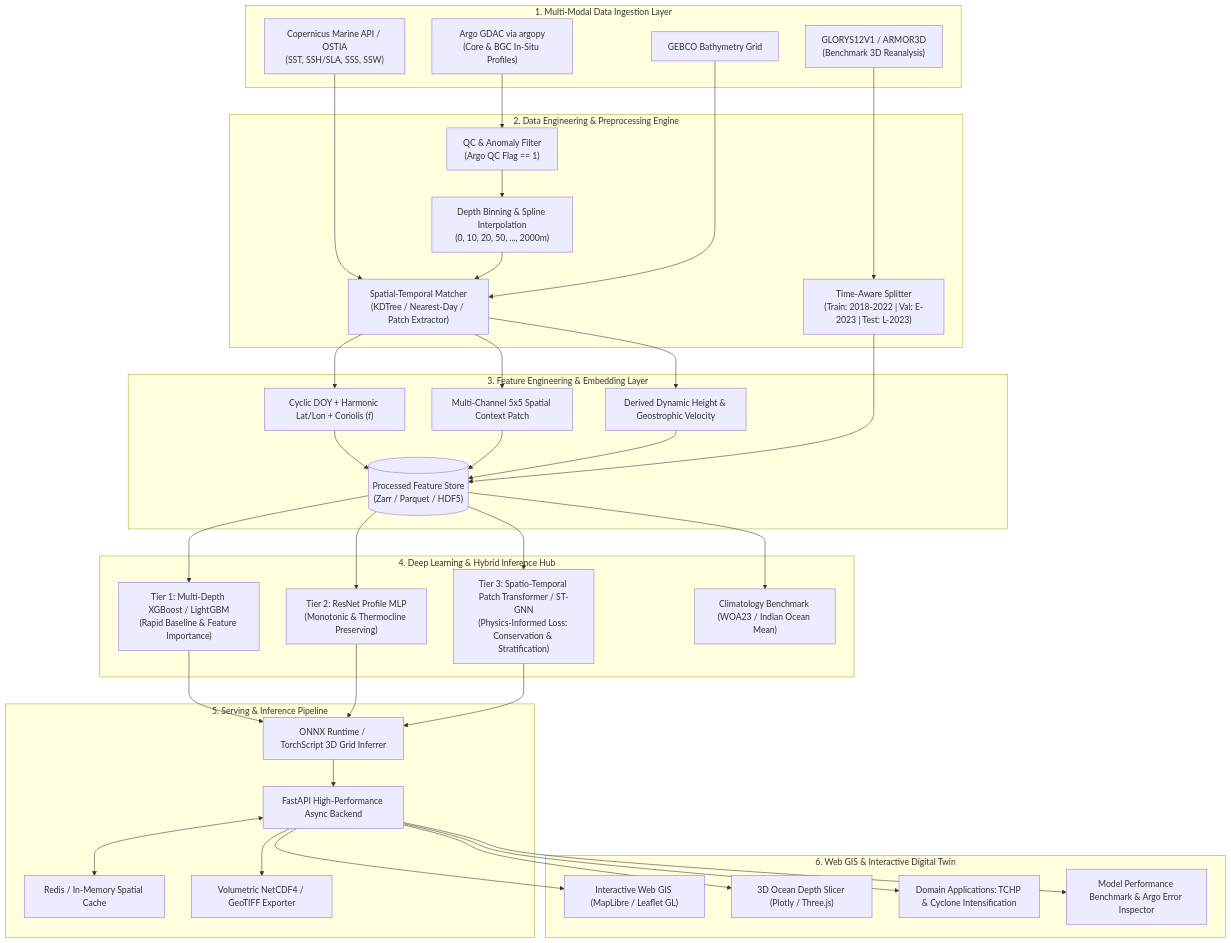
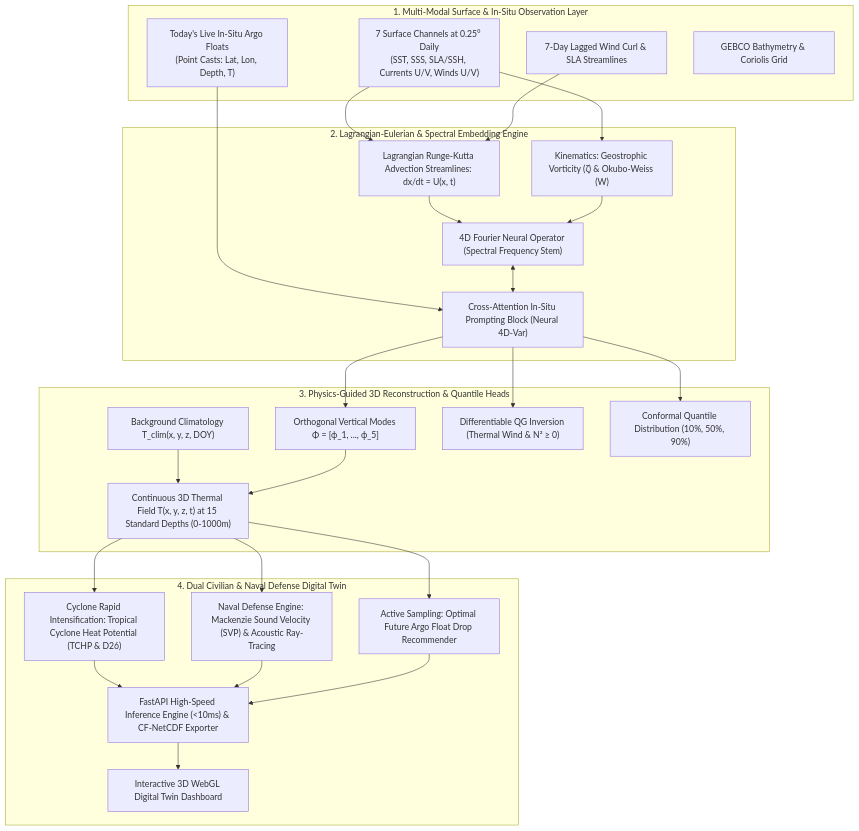
The diagram in ARCHITECTURE.md (cyber-atharv/ordinary), drawn with Mermaid before and after one commit. The commit also changed other lines of this file and 11 other files, not shown here.

Commit message:
feat: implement oceanographic data pipeline with Kaggle ingestion, synthetic data generation, and model configurations

````diff
--- a/ARCHITECTURE.md
+++ b/ARCHITECTURE.md
@@ -45,65 +32,41 @@
 ```mermaid
 flowchart TB
-    subgraph DataIngestion ["1. Multi-Modal Data Ingestion Layer"]
-        CMEMS["Copernicus Marine API / OSTIA<br/>(SST, SSH/SLA, SSS, SSW)"]
-        ARGO["Argo GDAC via argopy<br/>(Core & BGC In-Situ Profiles)"]
-        REANALYSIS["GLORYS12V1 / ARMOR3D<br/>(Benchmark 3D Reanalysis)"]
-        BATHY["GEBCO Bathymetry Grid"]
+    subgraph DataLayer ["1. Multi-Modal Surface & In-Situ Observation Layer"]
+        SAT["7 Surface Channels at 0.25° Daily<br/>(SST, SSS, SLA/SSH, Currents U/V, Winds U/V)"]
+        ARGO_PROMPT["Today's Live In-Situ Argo Floats<br/>(Point Casts: Lat, Lon, Depth, T)"]
+        MEM_STREAM["7-Day Lagged Wind Curl & SLA Streamlines"]
+        BATHY["GEBCO Bathymetry & Coriolis Grid"]
     end
 
-    subgraph Preprocessing ["2. Data Engineering & Preprocessing Engine"]
-        QC["QC & Anomaly Filter<br/>(Argo QC Flag == 1)"]
-        GRID["Depth Binning & Spline Interpolation<br/>(0, 10, 20, 50, ..., 2000m)"]
-        SPATIAL_ALIGN["Spatial-Temporal Matcher<br/>(KDTree / Nearest-Day / Patch Extractor)"]
-        SPLIT["Time-Aware Splitter<br/>(Train: 2018-2022 | Val: E-2023 | Test: L-2023)"]
+    subgraph HybridEmbedding ["2. Lagrangian-Eulerian & Spectral Embedding Engine"]
+        LAGRANGE["Lagrangian Runge-Kutta Advection Streamlines: dx/dt = U(x, t)"]
+        EDDY_KIN["Kinematics: Geostrophic Vorticity (ζ) & Okubo-Weiss (W)"]
+        FNO_STEM["4D Fourier Neural Operator (Spectral Frequency Stem)"]
+        IN_SITU_ATTN["Cross-Attention In-Situ Prompting Block (Neural 4D-Var)"]
+        
+        SAT & MEM_STREAM --> LAGRANGE --> FNO_STEM
+        SAT --> EDDY_KIN --> FNO_STEM
+        ARGO_PROMPT --> IN_SITU_ATTN
+        FNO_STEM <--> IN_SITU_ATTN
     end
 
-    subgraph FeatureStore ["3. Feature Engineering & Embedding Layer"]
-        FEAT_GEO["Cyclic DOY + Harmonic Lat/Lon + Coriolis (f)"]
-        FEAT_EMBED["Multi-Channel 5x5 Spatial Context Patch"]
-        FEAT_DERIV["Derived Dynamic Height & Geostrophic Velocity"]
-        ZARR_STORE[("Processed Feature Store<br/>(Zarr / Parquet / HDF5)")]
+    subgraph PhysicsRecon ["3. Physics-Guided 3D Reconstruction & Quantile Heads"]
+        CLIM["Background Climatology T_clim(x, y, z, DOY)"]
+        EOF_BASIS["Orthogonal Vertical Modes Φ = [ϕ_1, ..., ϕ_5]"]
+        QG_PHYSICS["Differentiable QG Inversion (Thermal Wind & N² ≥ 0)"]
+        QUANT_HEAD["Conformal Quantile Distribution (10%, 50%, 90%)"]
+        
+        IN_SITU_ATTN --> EOF_BASIS & QG_PHYSICS & QUANT_HEAD
+        CLIM & EOF_BASIS --> FIELD_3D["Continuous 3D Thermal Field T(x, y, z, t) at 15 Standard Depths (0-1000m)"]
     end
 
-    subgraph ModelHub ["4. Deep Learning & Hybrid Inference Hub"]
-        T1["Tier 1: Multi-Depth XGBoost / LightGBM<br/>(Rapid Baseline & Feature Importance)"]
-        T2["Tier 2: ResNet Profile MLP<br/>(Monotonic & Thermocline Preserving)"]
-        T3["Tier 3: Spatio-Temporal Patch Transformer / ST-GNN<br/>(Physics-Informed Loss: Conservation & Stratification)"]
-        CLIM["Climatology Benchmark (WOA23 / Indian Ocean Mean)"]
+    subgraph OperationalIntelligence ["4. Dual Civilian & Naval Defense Digital Twin"]
+        TCHP["Cyclone Rapid Intensification: Tropical Cyclone Heat Potential (TCHP & D26)"]
+        SONAR["Naval Defense Engine: Mackenzie Sound Velocity (SVP) & Acoustic Ray-Tracing"]
+        ACTIVE["Active Sampling: Optimal Future Argo Float Drop Recommender"]
+        FASTAPI["FastAPI High-Speed Inference Engine (<10ms) & CF-NetCDF Exporter"]
+        WEB_GIS["Interactive 3D WebGL Digital Twin Dashboard"]
+        
+        FIELD_3D --> TCHP & SONAR & ACTIVE --> FASTAPI --> WEB_GIS
     end
-
-    subgraph ServingLayer ["5. Serving & Inference Pipeline"]
-        FASTAPI["FastAPI High-Performance Async Backend"]
-        CACHE["Redis / In-Memory Spatial Cache"]
-        INFER_ENGINE["ONNX Runtime / TorchScript 3D Grid Inferrer"]
-        NETCDF_EXP["Volumetric NetCDF4 / GeoTIFF Exporter"]
-    end
-
-    subgraph PresentationLayer ["6. Web GIS & Interactive Digital Twin"]
-        UI_MAP["Interactive Web GIS (MapLibre / Leaflet GL)"]
-        UI_3D["3D Ocean Depth Slicer (Plotly / Three.js)"]
-        UI_ANALYTICS["Domain Applications: TCHP & Cyclone Intensification"]
-        UI_VAL["Model Performance Benchmark & Argo Error Inspector"]
-    end
-
-    CMEMS --> SPATIAL_ALIGN
-    ARGO --> QC --> GRID --> SPATIAL_ALIGN
-    REANALYSIS --> SPLIT
-    BATHY --> SPATIAL_ALIGN
-
-    SPATIAL_ALIGN --> FEAT_GEO --> ZARR_STORE
-    SPATIAL_ALIGN --> FEAT_EMBED --> ZARR_STORE
-    SPATIAL_ALIGN --> FEAT_DERIV --> ZARR_STORE
-    SPLIT --> ZARR_STORE
-
-    ZARR_STORE --> T1
-    ZARR_STORE --> T2
-    ZARR_STORE --> T3
-    ZARR_STORE --> CLIM
-
-    T1 & T2 & T3 --> INFER_ENGINE
-    INFER_ENGINE --> FASTAPI
-    FASTAPI <--> CACHE
-    FASTAPI --> NETCDF_EXP
-    FASTAPI --> UI_MAP & UI_3D & UI_ANALYTICS & UI_VAL
 ```
````
